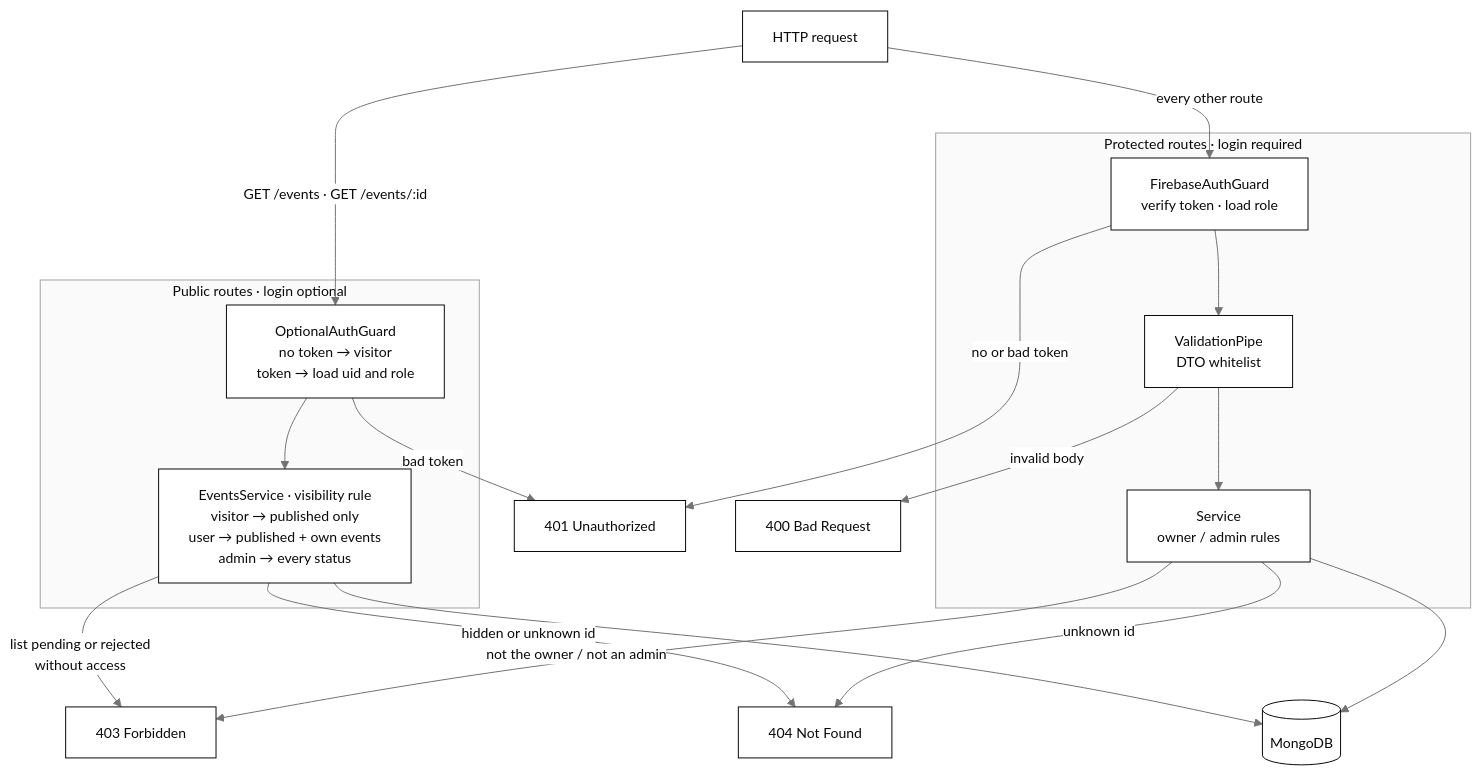
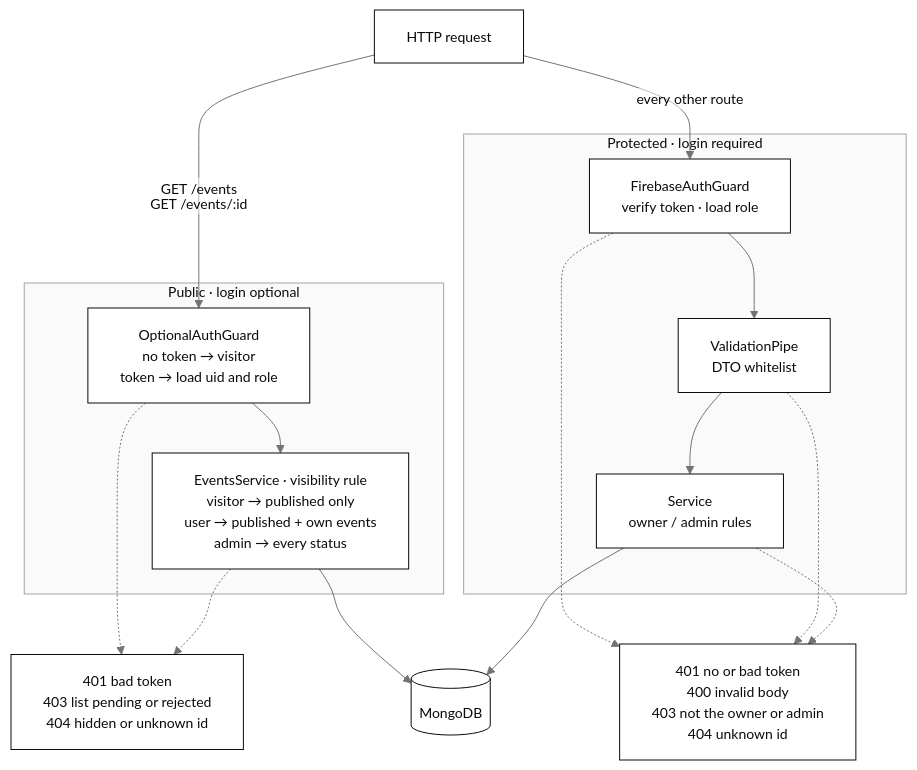
One commit to juannarowe/artroute changed the third of 9 diagrams in README.md. Above: the diagram before and after it, drawn with Mermaid. The commit also changed other lines of this file, not shown here.

Commit message:
docs: fix clipped labels in the README diagrams

````diff
--- a/README.md
+++ b/README.md
@@ -148,32 +148,34 @@
 ```mermaid
-%%{init: {"theme": "base", "themeVariables": {"fontFamily": "ui-sans-serif, system-ui, sans-serif", "fontSize": "14px", "primaryColor": "#ffffff", "primaryTextColor": "#0a0a0a", "primaryBorderColor": "#0a0a0a", "secondaryColor": "#f5f5f5", "tertiaryColor": "#fafafa", "lineColor": "#737373", "textColor": "#737373", "clusterBkg": "#fafafa", "clusterBorder": "#a3a3a3", "titleColor": "#0a0a0a", "edgeLabelBackground": "#ffffff", "actorBkg": "#ffffff", "actorBorder": "#0a0a0a", "actorTextColor": "#0a0a0a", "actorLineColor": "#a3a3a3", "signalColor": "#737373", "signalTextColor": "#737373", "noteBkgColor": "#f5f5f5", "noteBorderColor": "#a3a3a3", "noteTextColor": "#0a0a0a", "labelBoxBkgColor": "#ffffff", "labelBoxBorderColor": "#0a0a0a", "labelTextColor": "#0a0a0a", "loopTextColor": "#737373", "activationBkgColor": "#f5f5f5", "activationBorderColor": "#0a0a0a", "attributeBackgroundColorOdd": "#ffffff", "attributeBackgroundColorEven": "#f5f5f5"}}}%%
+%%{init: {"theme": "base", "flowchart": {"htmlLabels": false, "padding": 16}, "themeVariables": {"fontSize": "14px", "primaryColor": "#ffffff", "primaryTextColor": "#0a0a0a", "primaryBorderColor": "#0a0a0a", "secondaryColor": "#f5f5f5", "tertiaryColor": "#fafafa", "lineColor": "#737373", "textColor": "#737373", "clusterBkg": "#fafafa", "clusterBorder": "#a3a3a3", "titleColor": "#0a0a0a", "edgeLabelBackground": "#ffffff", "actorBkg": "#ffffff", "actorBorder": "#0a0a0a", "actorTextColor": "#0a0a0a", "actorLineColor": "#a3a3a3", "signalColor": "#737373", "signalTextColor": "#737373", "noteBkgColor": "#f5f5f5", "noteBorderColor": "#a3a3a3", "noteTextColor": "#0a0a0a", "labelBoxBkgColor": "#ffffff", "labelBoxBorderColor": "#0a0a0a", "labelTextColor": "#0a0a0a", "loopTextColor": "#737373", "activationBkgColor": "#f5f5f5", "activationBorderColor": "#0a0a0a", "attributeBackgroundColorOdd": "#ffffff", "attributeBackgroundColorEven": "#f5f5f5"}}}%%
 flowchart TB
   req["HTTP request"]
 
-  subgraph publicRoutes ["Public routes · login optional"]
+  subgraph publicRoutes ["Public · login optional"]
     optional["OptionalAuthGuard<br/>no token → visitor<br/>token → load uid and role"]
     visibility["EventsService · visibility rule<br/>visitor → published only<br/>user → published + own events<br/>admin → every status"]
     optional --> visibility
   end
 
-  subgraph protectedRoutes ["Protected routes · login required"]
+  subgraph protectedRoutes ["Protected · login required"]
     guard["FirebaseAuthGuard<br/>verify token · load role"]
     pipe["ValidationPipe<br/>DTO whitelist"]
     rules["Service<br/>owner / admin rules"]
     guard --> pipe
     pipe --> rules
   end
 
-  req -- "GET /events · GET /events/:id" --> optional
+  req -- "GET /events<br/>GET /events/:id" --> optional
   req -- "every other route" --> guard
 
-  optional -- "bad token" --> e401["401 Unauthorized"]
-  guard -- "no or bad token" --> e401
-  pipe -- "invalid body" --> e400["400 Bad Request"]
-  visibility -- "list pending or rejected<br/>without access" --> e403["403 Forbidden"]
-  rules -- "not the owner / not an admin" --> e403
-  visibility -- "hidden or unknown id" --> e404["404 Not Found"]
-  rules -- "unknown id" --> e404
-  visibility --> db[("MongoDB")]
+  publicErrors["401 bad token<br/>403 list pending or rejected<br/>404 hidden or unknown id"]
+  protectedErrors["401 no or bad token<br/>400 invalid body<br/>403 not the owner or admin<br/>404 unknown id"]
+  db[("MongoDB")]
+
+  optional -.-> publicErrors
+  visibility -.-> publicErrors
+  guard -.-> protectedErrors
+  pipe -.-> protectedErrors
+  rules -.-> protectedErrors
+  visibility --> db
   rules --> db
 ```
````
